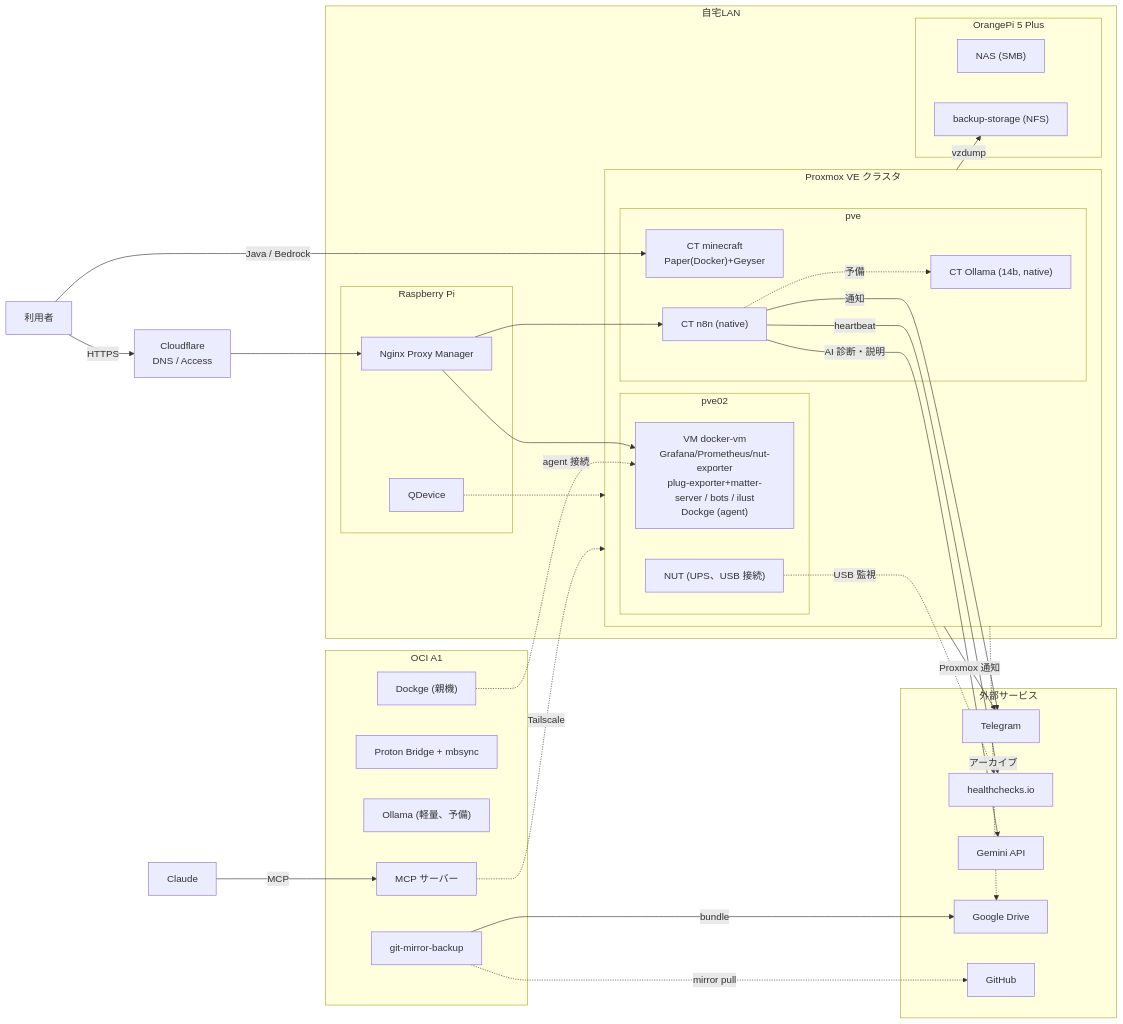
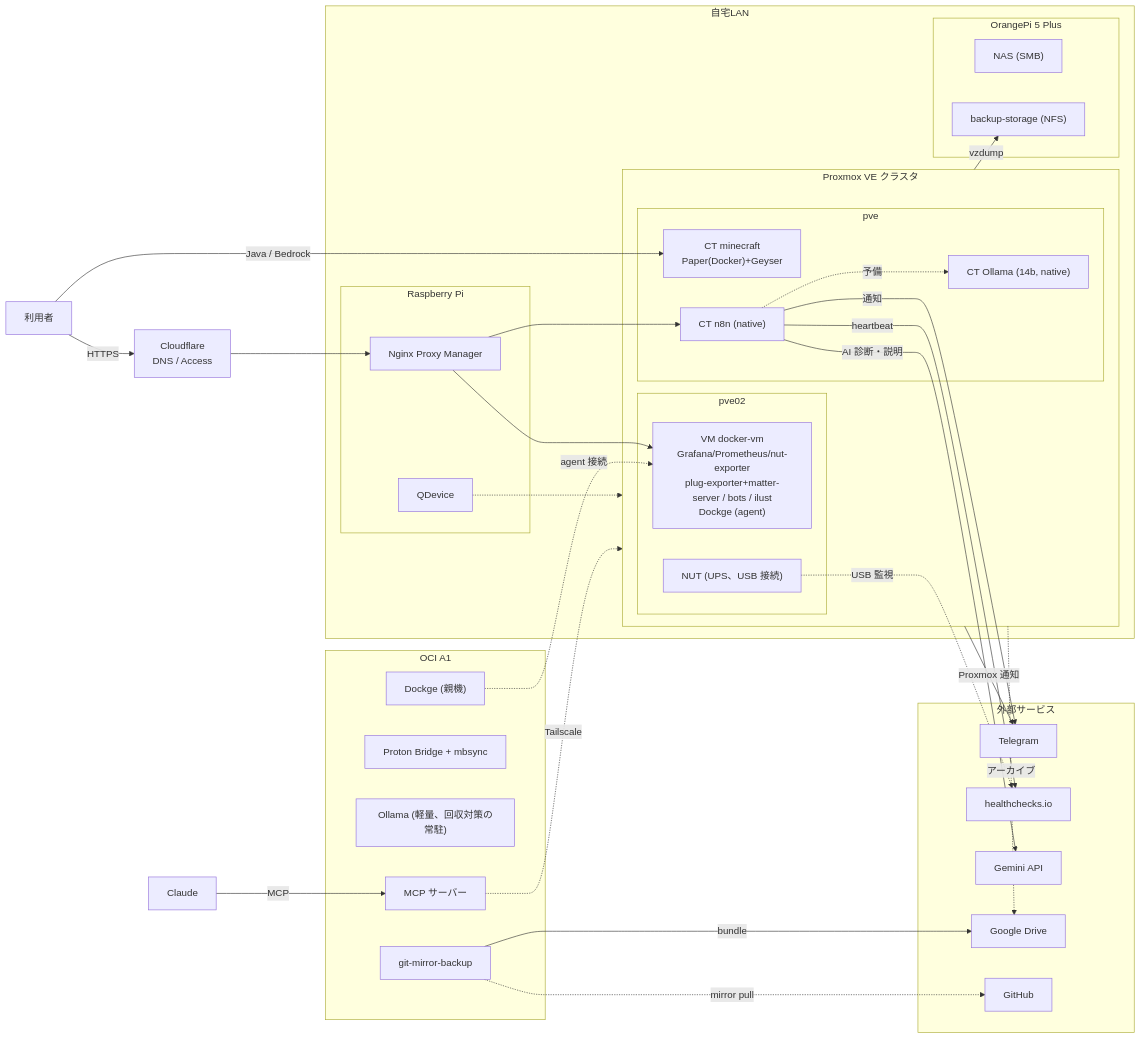
One commit to Leucophyllous/homelab changed the diagram in README.md. Above: the diagram before and after it, drawn with Mermaid. The commit also changed other lines of this file, not shown here.

````diff
--- a/README.md
+++ b/README.md
@@ -12,61 +12,61 @@
 ```mermaid
 flowchart LR
   user["利用者"] -->|HTTPS| cf["Cloudflare<br>DNS / Access"]
   user -->|Java / Bedrock| mc
   claude["Claude"] -->|MCP| mcp
 
   subgraph home["自宅LAN"]
     subgraph pi["Raspberry Pi"]
       npm["Nginx Proxy Manager"]
       qd["QDevice"]
     end
     subgraph cluster["Proxmox VE クラスタ"]
       subgraph pve["pve"]
         n8n["CT n8n (native)"]
         oll2["CT Ollama (14b, native)"]
         mc["CT minecraft<br>Paper(Docker)+Geyser"]
       end
       subgraph pve02["pve02"]
         dvm["VM docker-vm<br>Grafana/Prometheus/nut-exporter<br>plug-exporter+matter-server / bots / ilust<br>Dockge (agent)"]
         nut["NUT (UPS、USB 接続)"]
       end
     end
     subgraph opi["OrangePi 5 Plus"]
       nas["NAS (SMB)"]
       bs["backup-storage (NFS)"]
     end
   end
 
   subgraph oci["OCI A1"]
     mcp["MCP サーバー"]
     mail["Proton Bridge + mbsync"]
-    oll["Ollama (軽量、予備)"]
+    oll["Ollama (軽量、回収対策の常駐)"]
     dockge["Dockge (親機)"]
     gm["git-mirror-backup"]
   end
 
   subgraph saas["外部サービス"]
     tg["Telegram"]
     hc["healthchecks.io"]
     gem["Gemini API"]
     gd["Google Drive"]
     gh["GitHub"]
   end
 
   cf --> npm
   npm --> dvm
   npm --> n8n
   qd -.-> cluster
   cluster -->|vzdump| bs
   n8n -->|通知| tg
   cluster -->|Proxmox 通知| tg
   n8n -->|AI 診断・説明| gem
   n8n -.->|予備| oll2
   n8n -->|heartbeat| hc
   nut -.->|USB 監視| hc
   gm -->|bundle| gd
   gm -.->|mirror pull| gh
   cluster -.->|アーカイブ| gd
   dockge -.->|agent 接続| dvm
   mcp -.->|Tailscale| cluster
 ```
````
